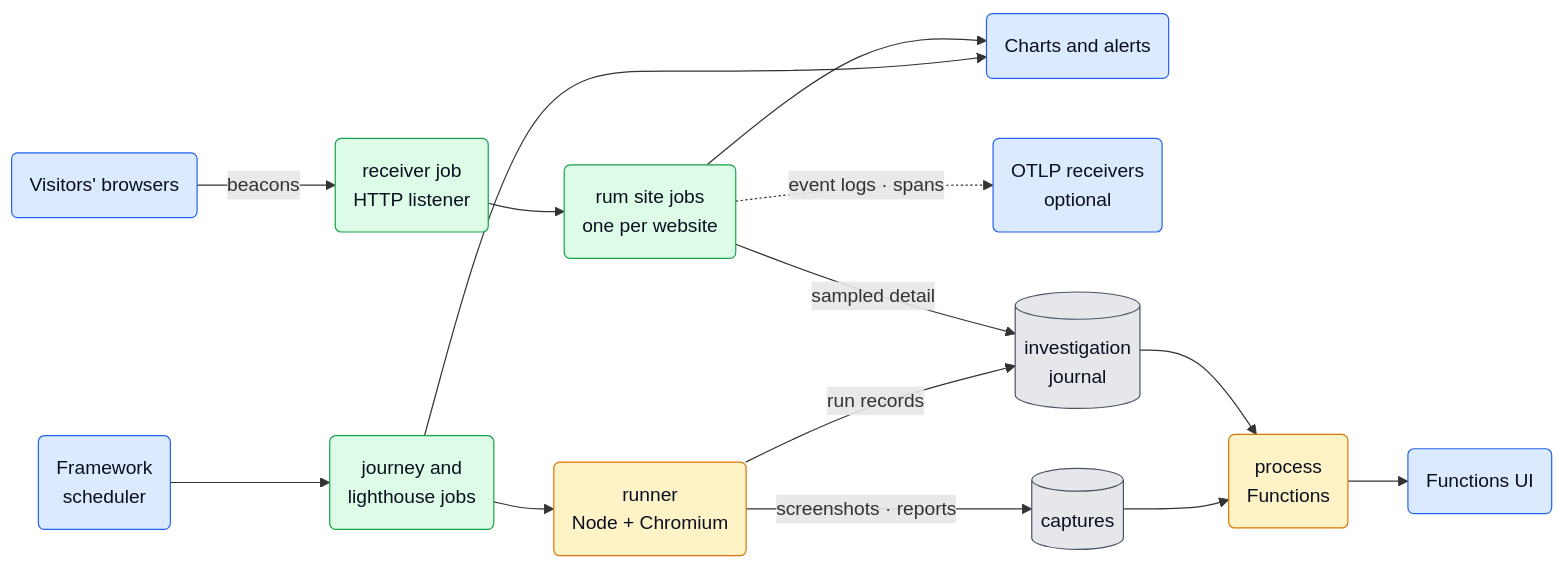
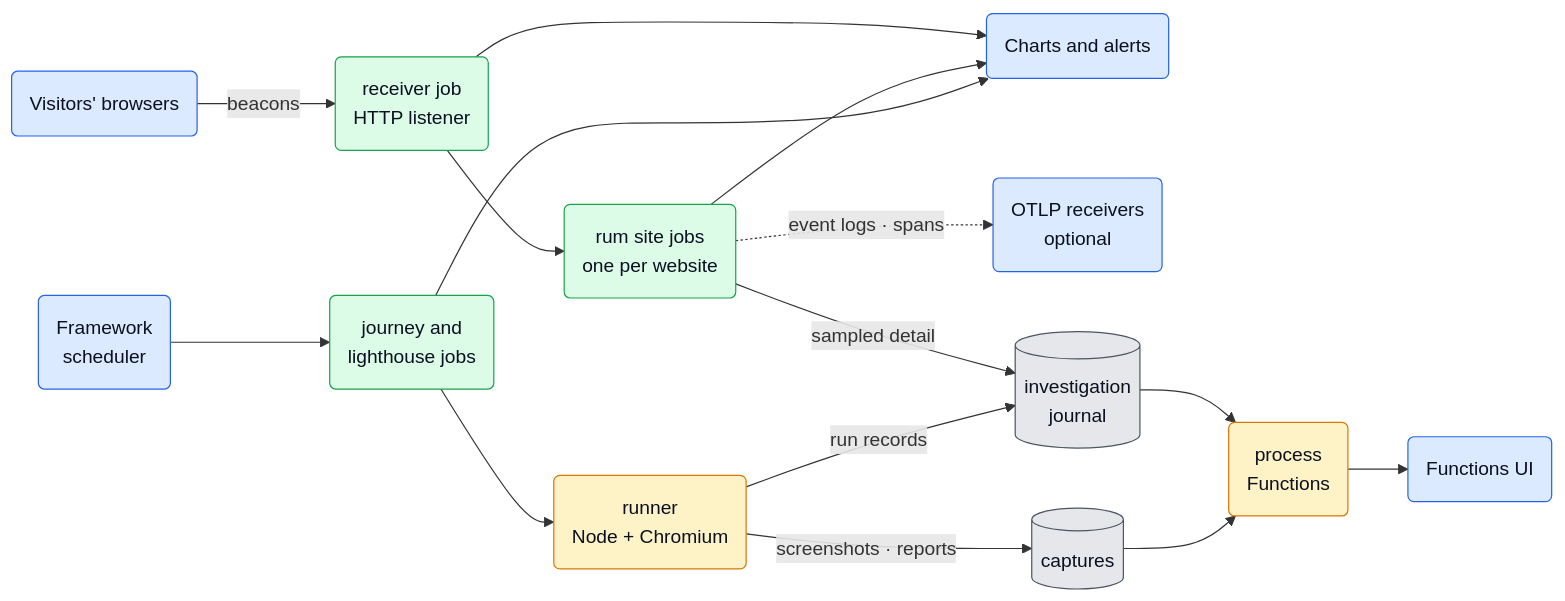
The first of 7 diagrams in src/go/plugin/dem/ARCHITECTURE.md (netdata/netdata), drawn with Mermaid before and after one commit. The commit also changed other lines of this file, not shown here.

````diff
--- a/src/go/plugin/dem/ARCHITECTURE.md
+++ b/src/go/plugin/dem/ARCHITECTURE.md
@@ -66,36 +68,37 @@
 ```mermaid
 flowchart LR
     Browsers("Visitors' browsers")
     Sched("Framework<br/>scheduler")
     Receiver("receiver job<br/>HTTP listener")
     Sites("rum site jobs<br/>one per website")
     Synth("journey and<br/>lighthouse jobs")
     Runner("runner<br/>Node + Chromium")
     Charts("Charts and alerts")
     OTLP("OTLP receivers<br/>optional")
     Journal[("investigation<br/>journal")]
     Captures[("captures")]
     Funcs("process<br/>Functions")
     UI("Functions UI")
 
     Browsers -->|"beacons"| Receiver --> Sites
+    Receiver --> Charts
     Sched --> Synth --> Runner
     Sites --> Charts
     Synth --> Charts
     Sites -.->|"event logs · spans"| OTLP
     Sites -->|"sampled detail"| Journal
     Runner -->|"run records"| Journal
     Runner -->|"screenshots · reports"| Captures
     Journal --> Funcs
     Captures --> Funcs
     Funcs --> UI
 
     classDef ext fill:#dbeafe,stroke:#2563eb,color:#0b1021;
     classDef job fill:#dcfce7,stroke:#16a34a,color:#0b1021;
     classDef svc fill:#fef3c7,stroke:#d97706,color:#0b1021;
     classDef store fill:#e5e7eb,stroke:#4b5563,color:#0b1021;
     class Browsers,Sched,Charts,OTLP,UI ext;
     class Receiver,Sites,Synth job;
     class Runner,Funcs svc;
     class Journal,Captures store;
 ```
````
